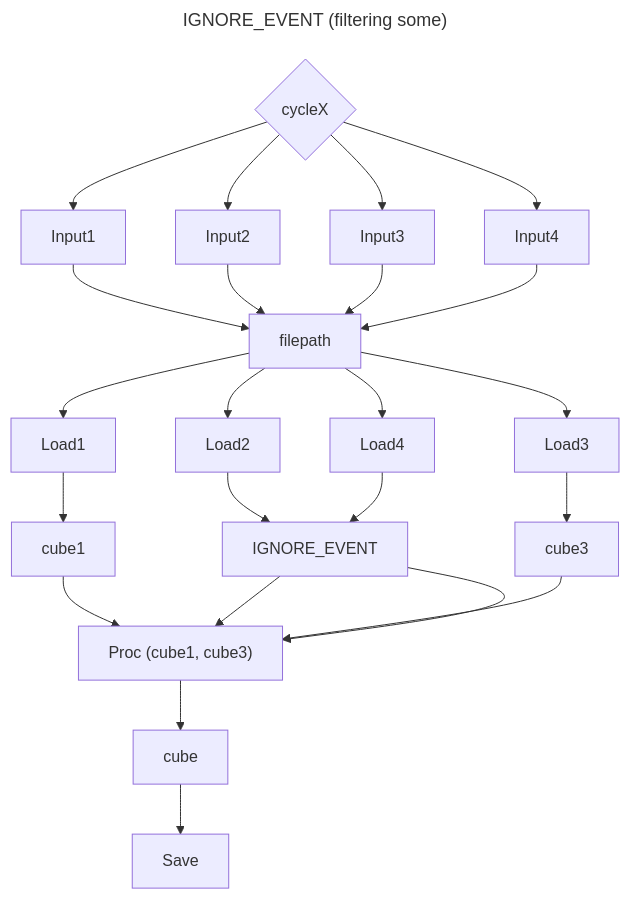
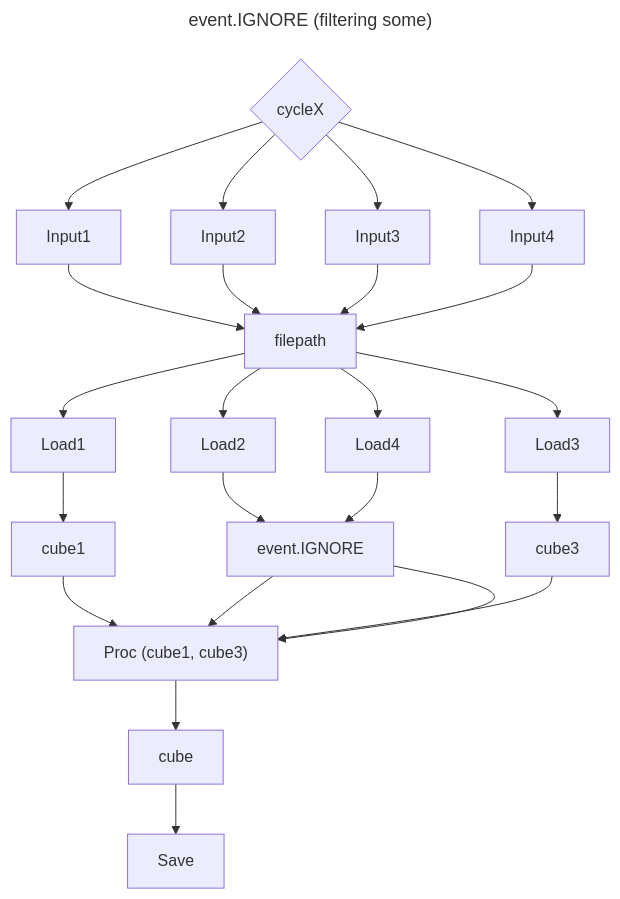
One commit to MetOffice/dagrunner changed the first of 2 diagrams in docs/dagrunner.events.md. Above: the diagram before and after it, drawn with Mermaid. The commit also changed other lines of this file and 1 other file, not shown here.

````diff
--- a/docs/dagrunner.events.md
+++ b/docs/dagrunner.events.md
@@ -20,13 +21,13 @@
 ```mermaid
 ---
-title: IGNORE_EVENT (filtering some)
+title: event.IGNORE (filtering some)
 ---
 graph
     cycle1{cycleX}
     cycle1 --> Input1 --> filepath --> Load1 --> cube1 --> Proc
-    cycle1 --> Input2 --> filepath --> Load2 --> IGNORE_EVENT --> Proc
+    cycle1 --> Input2 --> filepath --> Load2 --> event.IGNORE --> Proc
     cycle1 --> Input3 --> filepath --> Load3 --> cube3 --> Proc
-    cycle1 --> Input4 --> filepath --> Load4 --> IGNORE_EVENT --> Proc
+    cycle1 --> Input4 --> filepath --> Load4 --> event.IGNORE --> Proc
     Proc --> cube --> Save
     Proc["Proc (cube1, cube3)"]
 ```
````
